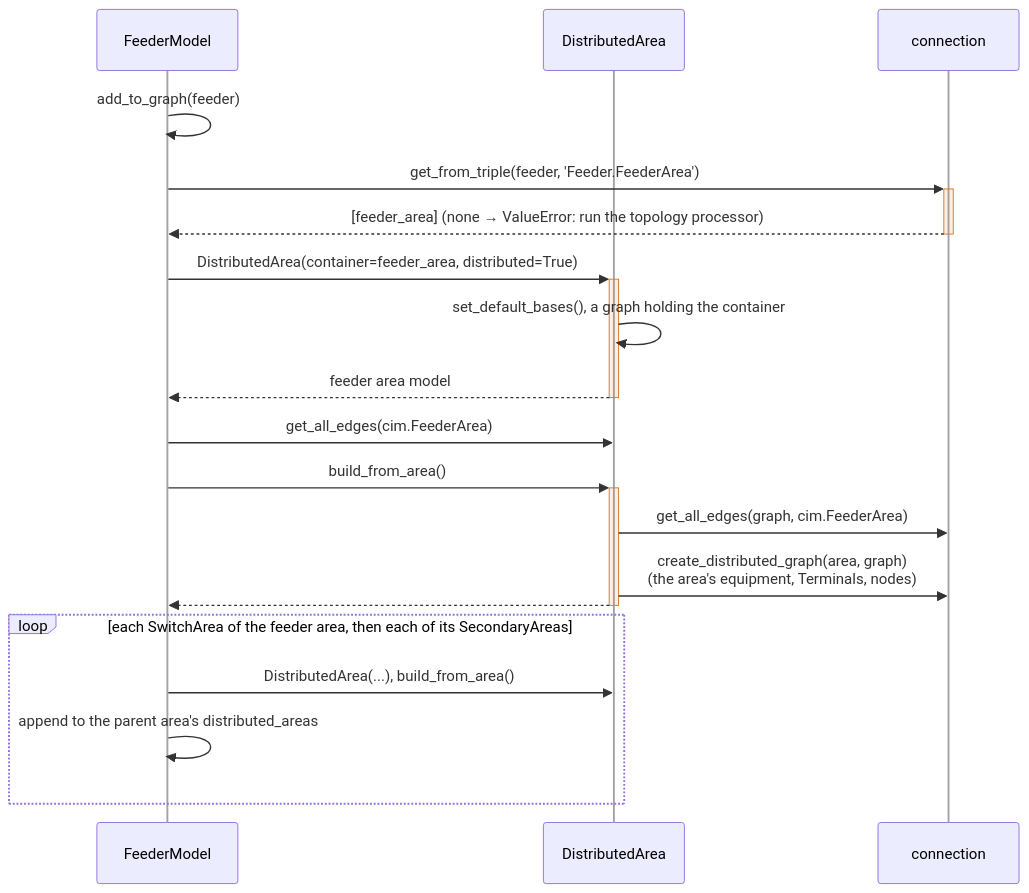
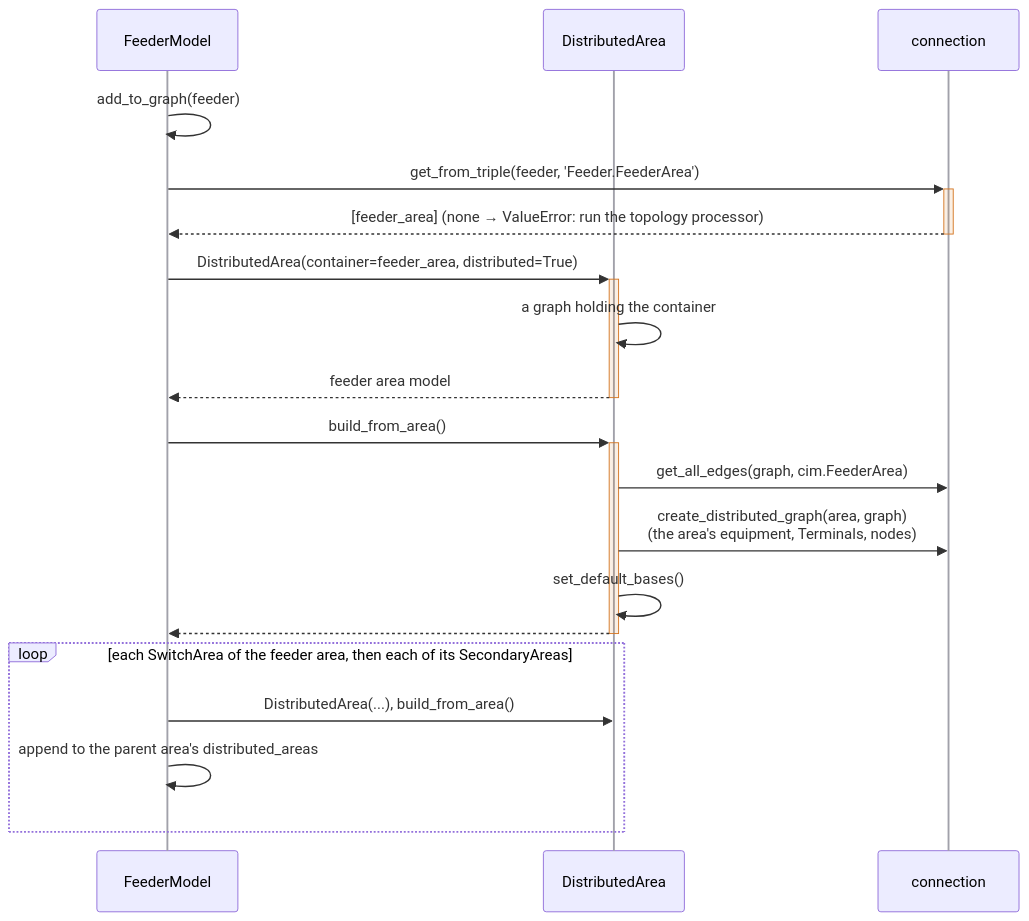
The third of 3 diagrams in docs/developer/models.md (PNNL-CIM-Tools/CIM-Graph), drawn with Mermaid before and after one commit. The commit also changed other lines of this file and 5 other files, not shown here.

````diff
--- a/docs/developer/models.md
+++ b/docs/developer/models.md
@@ -105,23 +106,23 @@
 ```mermaid
 %%{init: {"themeVariables": {"actorLineColor": "#a1a1aa", "activationBkgColor": "#d578261f", "activationBorderColor": "#d57826"}}}%%
 sequenceDiagram
     participant f as FeederModel
     participant a as DistributedArea
     participant c as connection
 
     f ->> f: add_to_graph(feeder)
     f ->>+ c: get_from_triple(feeder, 'Feeder.FeederArea')
     c -->>- f: [feeder_area] (none → ValueError: run the topology processor)
     f ->>+ a: DistributedArea(container=feeder_area, distributed=True)
-    a ->> a: set_default_bases(), a graph holding the container
+    a ->> a: a graph holding the container
     a -->>- f: feeder area model
-    f ->> a: get_all_edges(cim.FeederArea)
     f ->>+ a: build_from_area()
     a ->> c: get_all_edges(graph, cim.FeederArea)
     a ->> c: create_distributed_graph(area, graph)<br/>(the area's equipment, Terminals, nodes)
+    a ->> a: set_default_bases()
     a -->>- f:
     loop each SwitchArea of the feeder area, then each of its SecondaryAreas
         f ->> a: DistributedArea(...), build_from_area()
         f ->> f: append to the parent area's distributed_areas
     end
 ```
````
